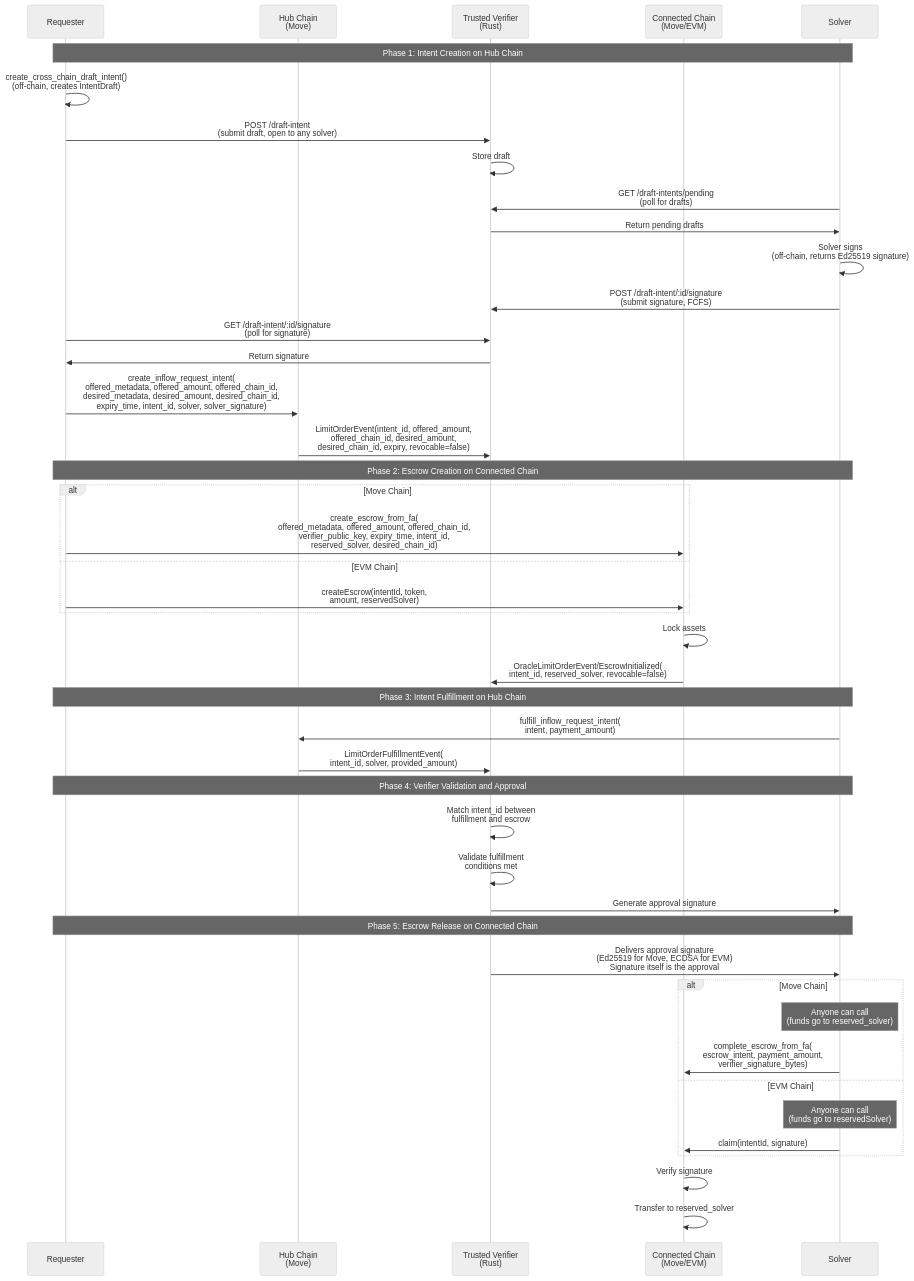
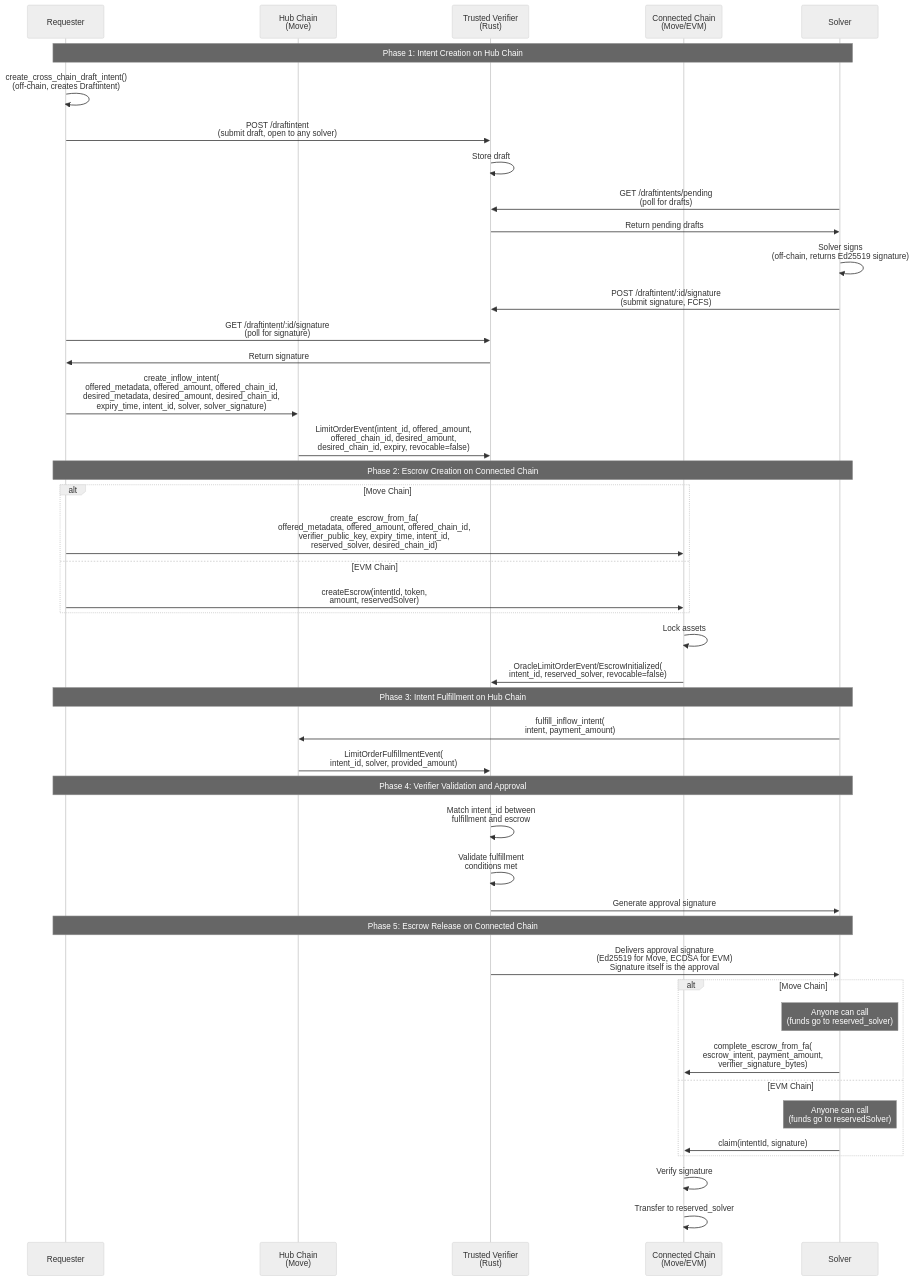
The first of 4 diagrams in docs/protocol.md (apenzk/int3nts), drawn with Mermaid (neutral theme) before and after one commit. The commit also changed other lines of this file and 134 other files, not shown here.

Commit message:
implement automated solver service for intent signing and fulfillment (#32)

````diff
--- a/docs/protocol.md
+++ b/docs/protocol.md
@@ -28,51 +28,51 @@
 ```mermaid
 sequenceDiagram
     participant Requester
     participant Hub as Hub Chain<br/>(Move)
     participant Verifier as Trusted Verifier<br/>(Rust)
     participant Connected as Connected Chain<br/>(Move/EVM)
     participant Solver
 
     Note over Requester,Solver: Phase 1: Intent Creation on Hub Chain
-    Requester->>Requester: create_cross_chain_draft_intent()<br/>(off-chain, creates IntentDraft)
-    Requester->>Verifier: POST /draft-intent<br/>(submit draft, open to any solver)
+    Requester->>Requester: create_cross_chain_draft_intent()<br/>(off-chain, creates Draftintent)
+    Requester->>Verifier: POST /draftintent<br/>(submit draft, open to any solver)
     Verifier->>Verifier: Store draft
-    Solver->>Verifier: GET /draft-intents/pending<br/>(poll for drafts)
+    Solver->>Verifier: GET /draftintents/pending<br/>(poll for drafts)
     Verifier->>Solver: Return pending drafts
     Solver->>Solver: Solver signs<br/>(off-chain, returns Ed25519 signature)
-    Solver->>Verifier: POST /draft-intent/:id/signature<br/>(submit signature, FCFS)
-    Requester->>Verifier: GET /draft-intent/:id/signature<br/>(poll for signature)
+    Solver->>Verifier: POST /draftintent/:id/signature<br/>(submit signature, FCFS)
+    Requester->>Verifier: GET /draftintent/:id/signature<br/>(poll for signature)
     Verifier->>Requester: Return signature
-    Requester->>Hub: create_inflow_request_intent(<br/>offered_metadata, offered_amount, offered_chain_id,<br/>desired_metadata, desired_amount, desired_chain_id,<br/>expiry_time, intent_id, solver, solver_signature)
+    Requester->>Hub: create_inflow_intent(<br/>offered_metadata, offered_amount, offered_chain_id,<br/>desired_metadata, desired_amount, desired_chain_id,<br/>expiry_time, intent_id, solver, solver_signature)
     Hub->>Verifier: LimitOrderEvent(intent_id, offered_amount,<br/>offered_chain_id, desired_amount,<br/>desired_chain_id, expiry, revocable=false)
 
     Note over Requester,Solver: Phase 2: Escrow Creation on Connected Chain
     alt Move Chain
         Requester->>Connected: create_escrow_from_fa(<br/>offered_metadata, offered_amount, offered_chain_id,<br/>verifier_public_key, expiry_time, intent_id,<br/>reserved_solver, desired_chain_id)
     else EVM Chain
         Requester->>Connected: createEscrow(intentId, token,<br/>amount, reservedSolver)
     end
     Connected->>Connected: Lock assets
     Connected->>Verifier: OracleLimitOrderEvent/EscrowInitialized(<br/>intent_id, reserved_solver, revocable=false)
 
     Note over Requester,Solver: Phase 3: Intent Fulfillment on Hub Chain
-    Solver->>Hub: fulfill_inflow_request_intent(<br/>intent, payment_amount)
+    Solver->>Hub: fulfill_inflow_intent(<br/>intent, payment_amount)
     Hub->>Verifier: LimitOrderFulfillmentEvent(<br/>intent_id, solver, provided_amount)
 
     Note over Requester,Solver: Phase 4: Verifier Validation and Approval
     Verifier->>Verifier: Match intent_id between<br/>fulfillment and escrow
     Verifier->>Verifier: Validate fulfillment<br/>conditions met
     Verifier->>Solver: Generate approval signature
 
     Note over Requester,Solver: Phase 5: Escrow Release on Connected Chain
     Verifier->>Solver: Delivers approval signature<br/>(Ed25519 for Move, ECDSA for EVM)<br/>Signature itself is the approval
     alt Move Chain
         Note over Solver: Anyone can call<br/>(funds go to reserved_solver)
         Solver->>Connected: complete_escrow_from_fa(<br/>escrow_intent, payment_amount,<br/>verifier_signature_bytes)
     else EVM Chain
         Note over Solver: Anyone can call<br/>(funds go to reservedSolver)
         Solver->>Connected: claim(intentId, signature)
     end
     Connected->>Connected: Verify signature
     Connected->>Connected: Transfer to reserved_solver
 ```
````
